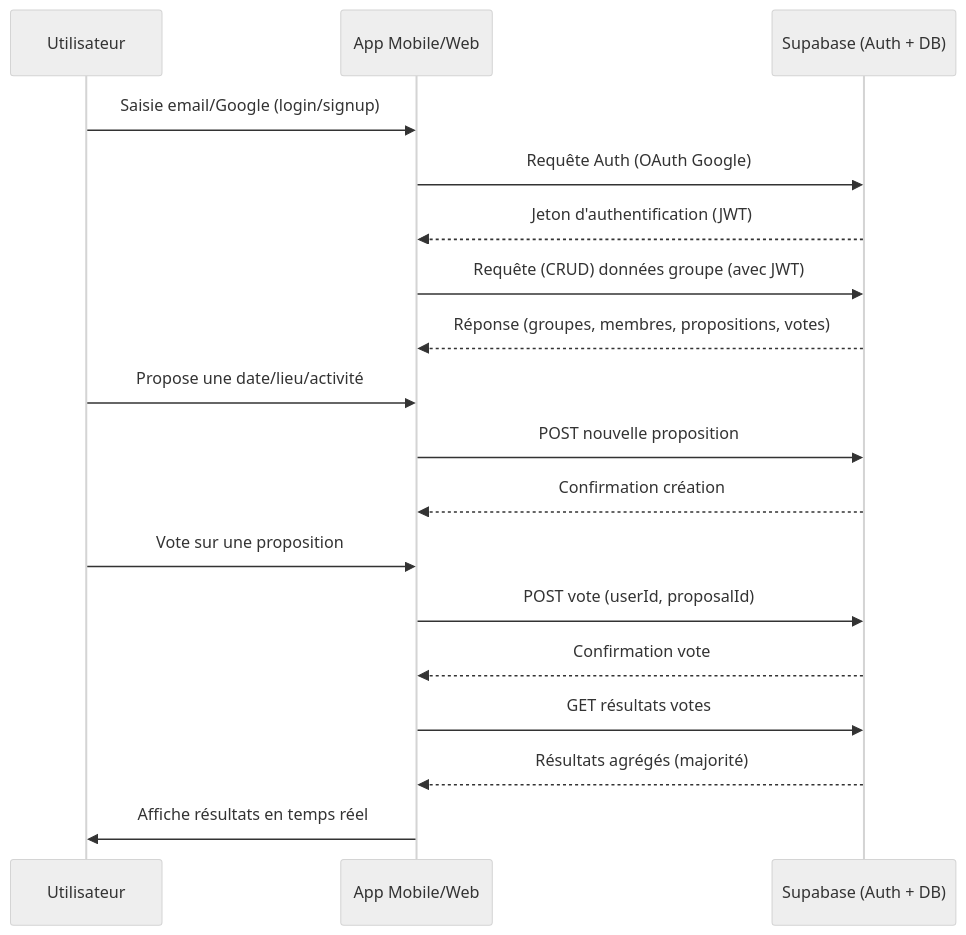
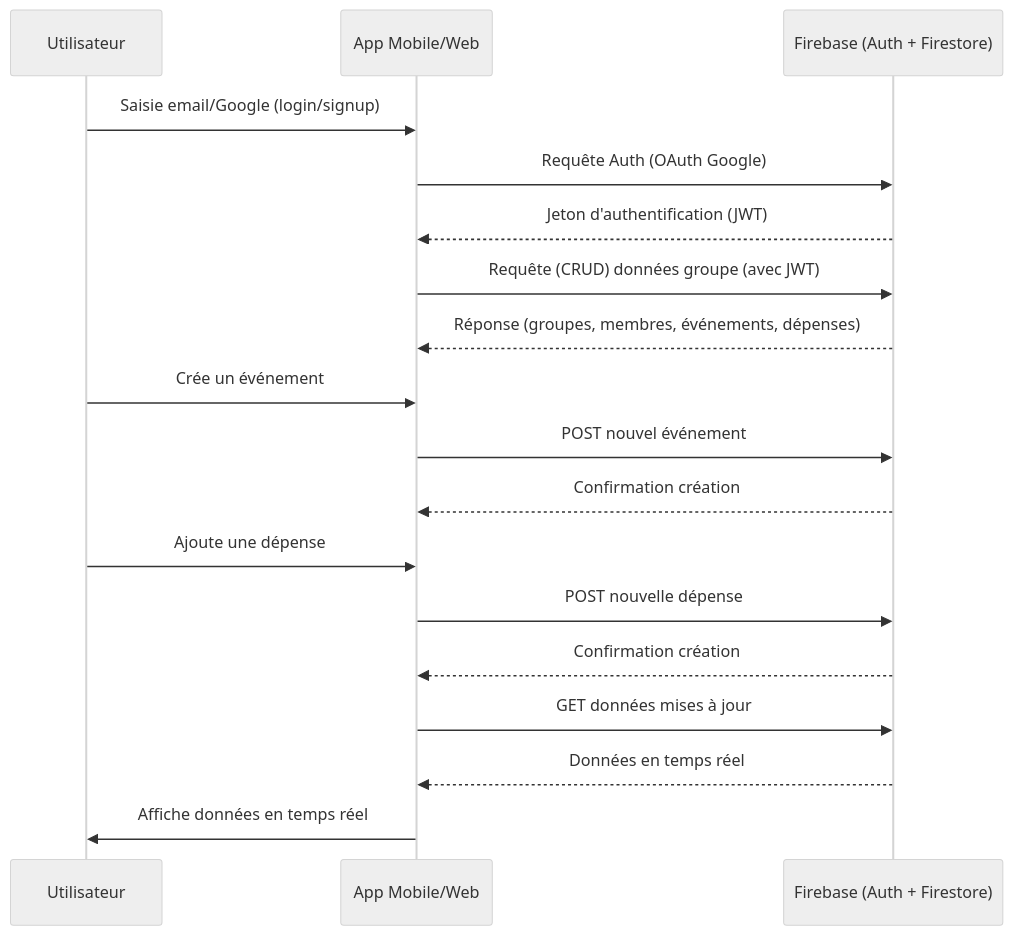
One commit to alfredgibeau-ahoussinou/SocialPlanr-Gestionnaire-d-v-nements-collaboratif-intelligent changed the second of 2 diagrams in README.md. Above: the diagram before and after it, drawn with Mermaid (neutral theme). The commit also changed other lines of this file and 1 other file, not shown here.

````diff
--- a/README.md
+++ b/README.md
@@ -436,21 +452,21 @@
 ```mermaid
 sequenceDiagram
   participant U as Utilisateur
   participant M as App Mobile/Web
-  participant S as Supabase (Auth + DB)
+  participant F as Firebase (Auth + Firestore)
 
   U->>M: Saisie email/Google (login/signup)
-  M->>S: Requête Auth (OAuth Google)
-  S-->>M: Jeton d'authentification (JWT)
-  M->>S: Requête (CRUD) données groupe (avec JWT)
-  S-->>M: Réponse (groupes, membres, propositions, votes)
-  U->>M: Propose une date/lieu/activité
-  M->>S: POST nouvelle proposition
-  S-->>M: Confirmation création
-  U->>M: Vote sur une proposition
-  M->>S: POST vote (userId, proposalId)
-  S-->>M: Confirmation vote
-  M->>S: GET résultats votes
-  S-->>M: Résultats agrégés (majorité)
-  M->>U: Affiche résultats en temps réel
+  M->>F: Requête Auth (OAuth Google)
+  F-->>M: Jeton d'authentification (JWT)
+  M->>F: Requête (CRUD) données groupe (avec JWT)
+  F-->>M: Réponse (groupes, membres, événements, dépenses)
+  U->>M: Crée un événement
+  M->>F: POST nouvel événement
+  F-->>M: Confirmation création
+  U->>M: Ajoute une dépense
+  M->>F: POST nouvelle dépense
+  F-->>M: Confirmation création
+  M->>F: GET données mises à jour
+  F-->>M: Données en temps réel
+  M->>U: Affiche données en temps réel
 ```
````
